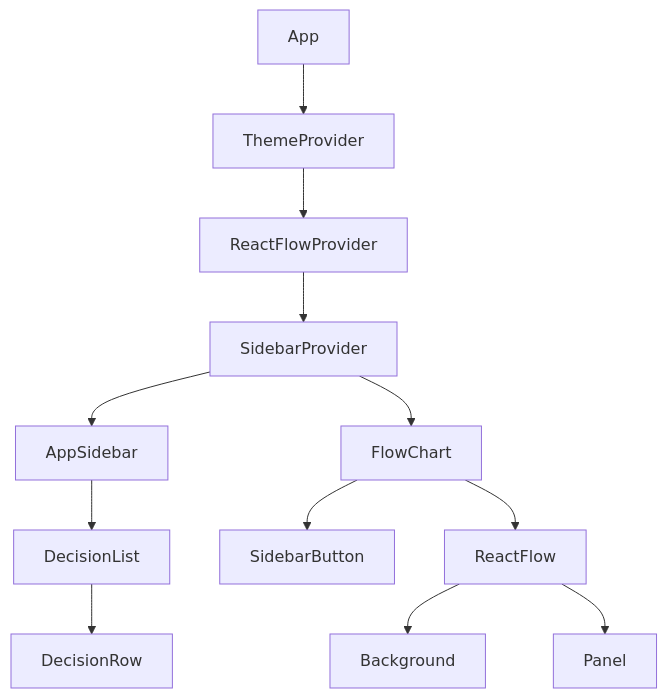
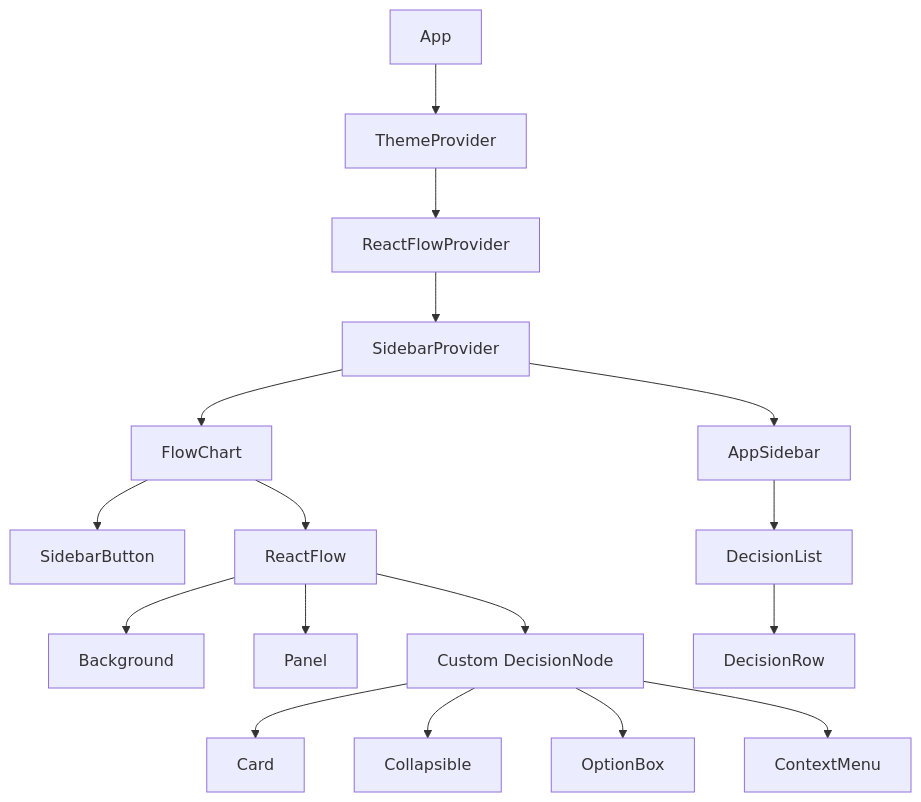
The first of 3 diagrams in memory-bank/systemPatterns.md (kiliantyler/BG3-Decision-Tree), drawn with Mermaid before and after one commit. The commit also changed other lines of this file and 6 other files, not shown here.

````diff
--- a/memory-bank/systemPatterns.md
+++ b/memory-bank/systemPatterns.md
@@ -9,14 +9,19 @@
 ```mermaid
 graph TD
     App --> ThemeProvider
     ThemeProvider --> ReactFlowProvider
     ReactFlowProvider --> SidebarProvider
     SidebarProvider --> AppSidebar
     SidebarProvider --> FlowChart
     FlowChart --> SidebarButton
     FlowChart --> ReactFlow
     ReactFlow --> Background
     ReactFlow --> Panel
+    ReactFlow --> DecisionNode[Custom DecisionNode]
+    DecisionNode --> Card
+    DecisionNode --> Collapsible
+    DecisionNode --> OptionBox
+    DecisionNode --> ContextMenu
     AppSidebar --> DecisionList
     DecisionList --> DecisionRow
 ```
````
